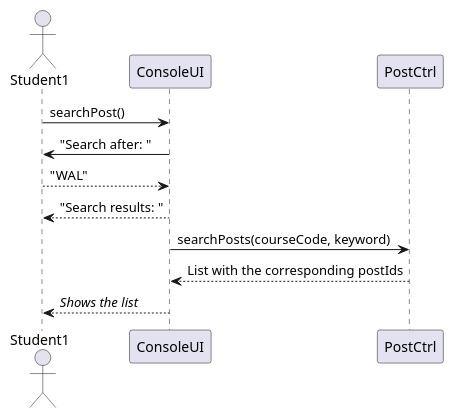
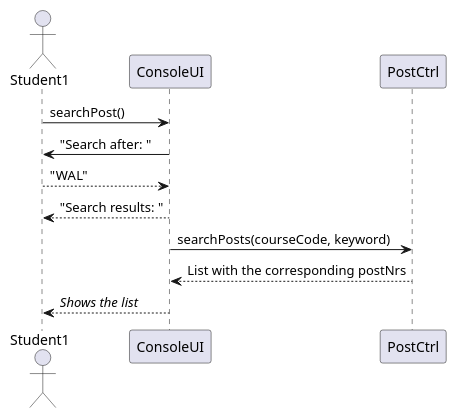
One commit to kavusiks/ForumDatabase changed the diagram in Piazza/src/Documentations/UC4SearchForPost_SequenceDiagram.puml. Above: the diagram before and after it, drawn with PlantUML. The commit also changed 5 other files, not shown here.

Commit message:
Updated sequenceDiagram for uc3

```diff
--- a/Piazza/src/Documentations/UC4SearchForPost_SequenceDiagram.puml
+++ b/Piazza/src/Documentations/UC4SearchForPost_SequenceDiagram.puml
@@ -1,10 +1,10 @@
 @startuml
 actor Student1
 Student1 -> ConsoleUI: searchPost()
 ConsoleUI -> Student1: "Search after: "
 Student1 --> ConsoleUI: "WAL"
 ConsoleUI --> Student1: "Search results: "
 ConsoleUI -> PostCtrl: searchPosts(courseCode, keyword)
-PostCtrl --> ConsoleUI: List with the corresponding postIds
+PostCtrl --> ConsoleUI: List with the corresponding postNrs
 ConsoleUI --> Student1: //Shows the list//
 @enduml
```
